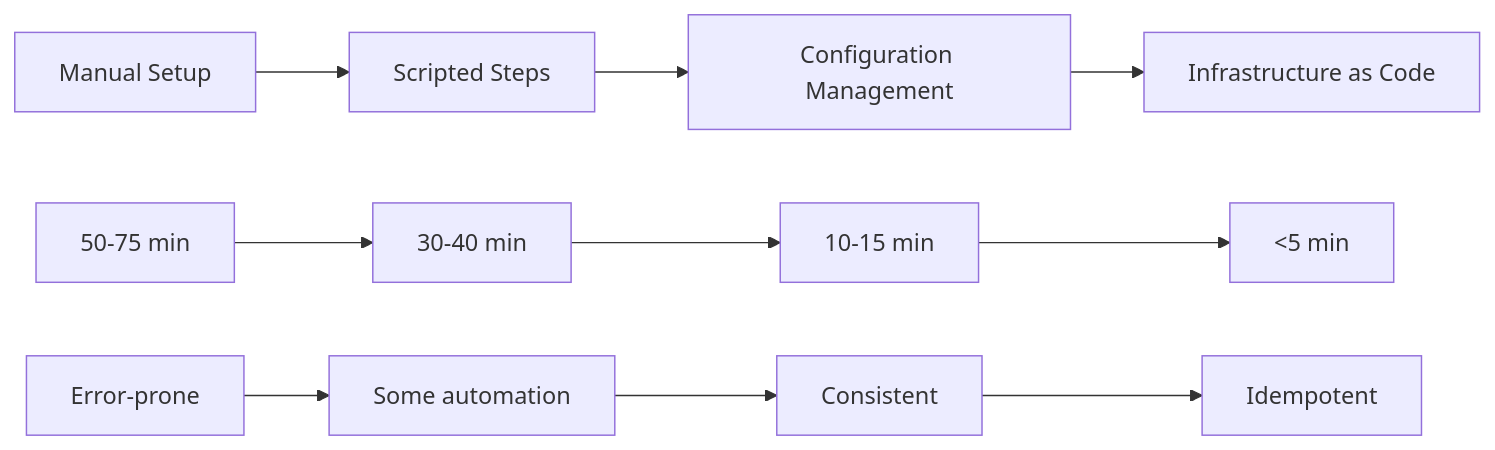
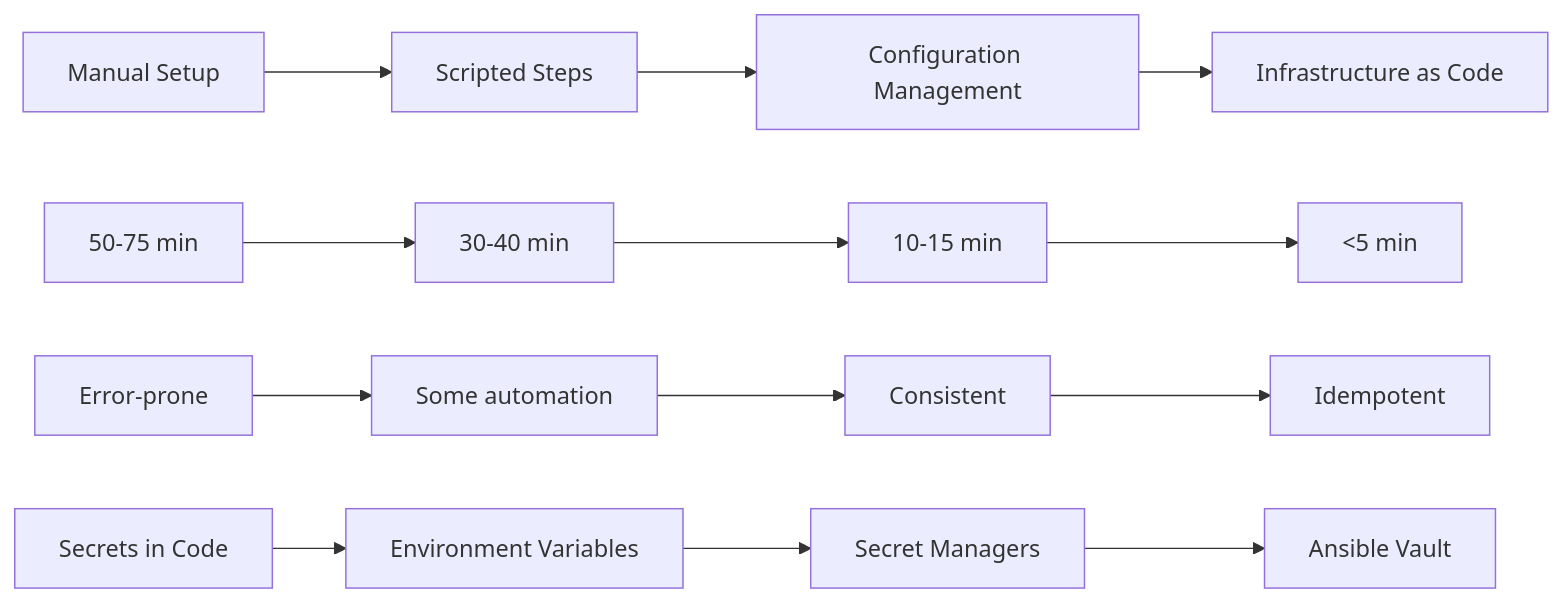
One commit to 4gh0rn/dev-blog changed the first of 8 diagrams in docs/projects/vserver-setup.md. Above: the diagram before and after it, drawn with Mermaid. The commit also changed other lines of this file and 17 other files, not shown here.

````diff
--- a/docs/projects/vserver-setup.md
+++ b/docs/projects/vserver-setup.md
@@ -23,14 +23,18 @@
 ```mermaid
 graph LR
     A[Manual Setup] --> B[Scripted Steps]
     B --> C[Configuration Management]
     C --> D[Infrastructure as Code]
     
     A1[50-75 min] --> B1[30-40 min]
     B1 --> C1[10-15 min]
     C1 --> D1[<5 min]
     
     A2[Error-prone] --> B2[Some automation]
     B2 --> C2[Consistent]
     C2 --> D2[Idempotent]
+    
+    A3[Secrets in Code] --> B3[Environment Variables]
+    B3 --> C3[Secret Managers]
+    C3 --> D3[Ansible Vault]
 ```
````
